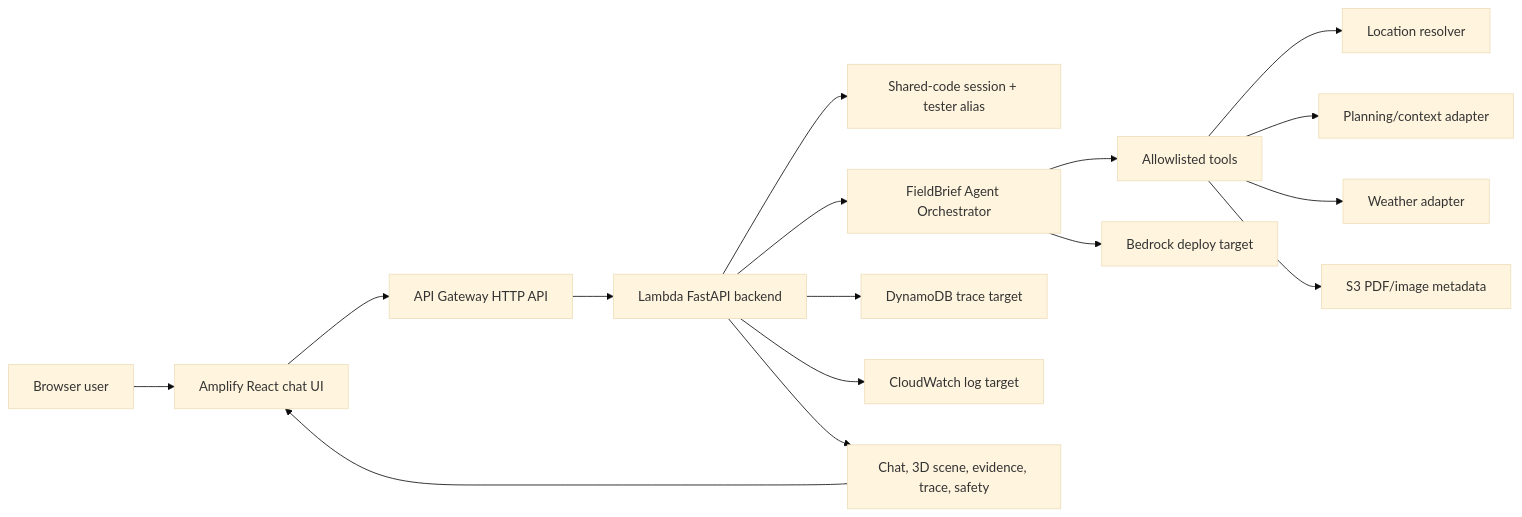
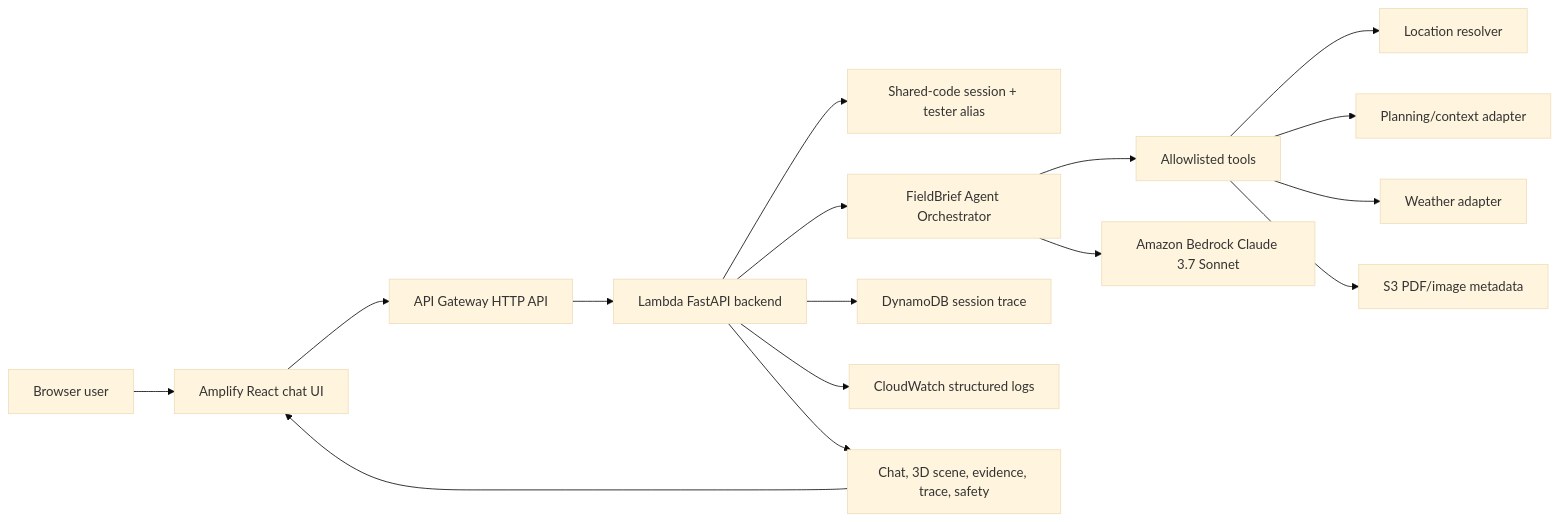
Before and after one commit to Capitano00/3D-RAMS: the first of 8 diagrams in docs/architecture.md, drawn with Mermaid (base theme). The commit also changed other lines of this file and 21 other files, not shown here.

````diff
--- a/docs/architecture.md
+++ b/docs/architecture.md
@@ -18,18 +18,18 @@
 ```mermaid
 flowchart LR
     User["Browser user"] --> UI["Amplify React chat UI"]
     UI --> APIGW["API Gateway HTTP API"]
     APIGW --> Lambda["Lambda FastAPI backend"]
     Lambda --> Session["Shared-code session + tester alias"]
     Lambda --> Agent["FieldBrief Agent Orchestrator"]
     Agent --> Tools["Allowlisted tools"]
     Tools --> Location["Location resolver"]
     Tools --> Planning["Planning/context adapter"]
     Tools --> Weather["Weather adapter"]
     Tools --> Upload["S3 PDF/image metadata"]
-    Agent --> Bedrock["Bedrock deploy target"]
-    Lambda --> TraceStore["DynamoDB trace target"]
-    Lambda --> Logs["CloudWatch log target"]
+    Agent --> Bedrock["Amazon Bedrock Claude 3.7 Sonnet"]
+    Lambda --> TraceStore["DynamoDB session trace"]
+    Lambda --> Logs["CloudWatch structured logs"]
     Lambda --> UIState["Chat, 3D scene, evidence, trace, safety"]
     UIState --> UI
 ```
````
